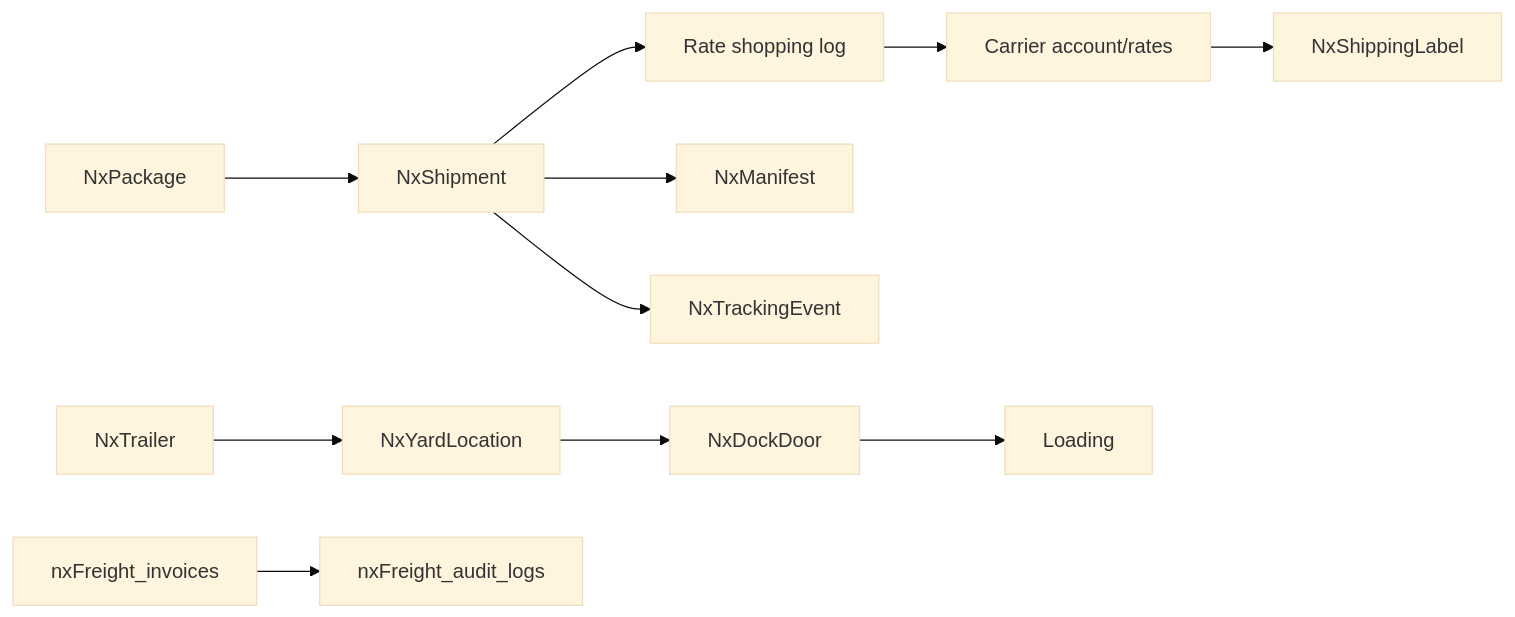
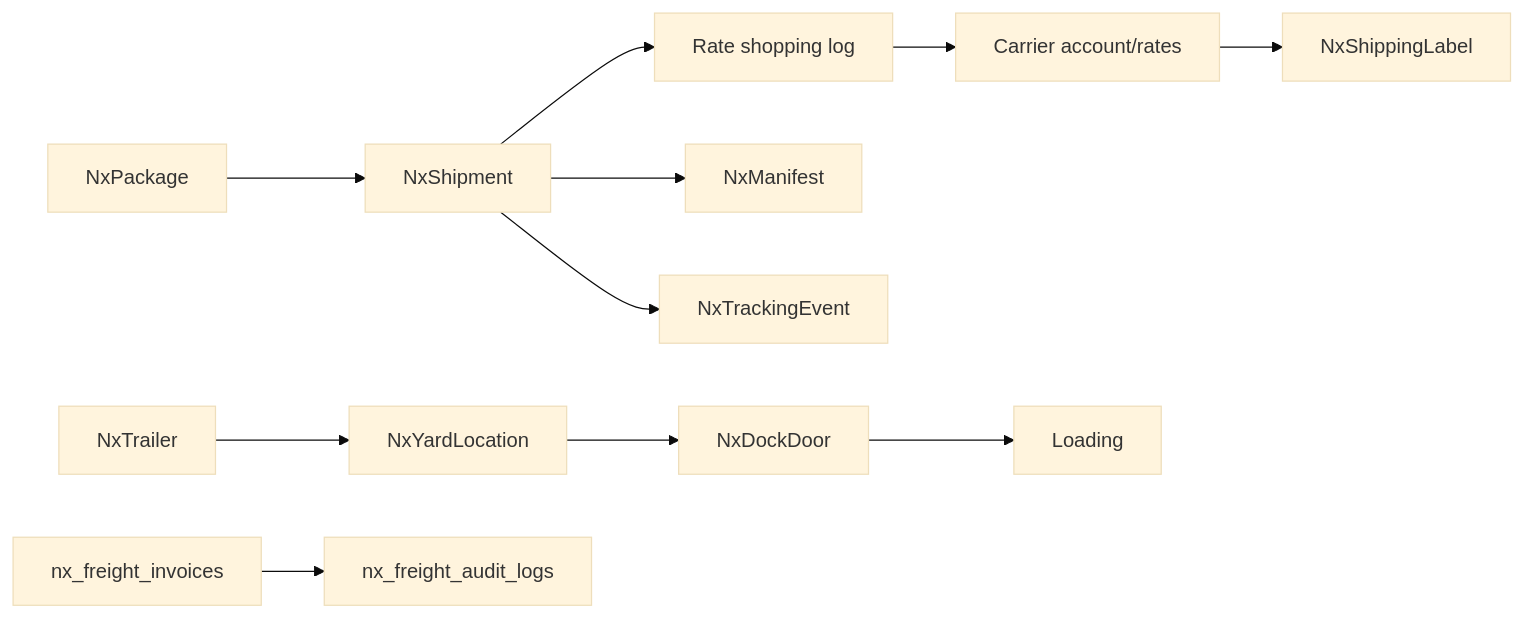
One commit to Mr-Mayank-Sharma/nexus changed the first of 2 diagrams in docs/features/04-shipping-carriers-yard.md. Above: the diagram before and after it, drawn with Mermaid (base theme). The commit also changed other lines of this file and 30 other files, not shown here.

````diff
--- a/docs/features/04-shipping-carriers-yard.md
+++ b/docs/features/04-shipping-carriers-yard.md
@@ -32,13 +32,13 @@
 ```mermaid
 flowchart LR
     PACK[NxPackage] --> SHIP[NxShipment]
     SHIP --> RATE[Rate shopping log]
     RATE --> CAR[Carrier account/rates]
     CAR --> LABEL[NxShippingLabel]
     SHIP --> MAN[NxManifest]
     SHIP --> TRACK[NxTrackingEvent]
     TRAIL[NxTrailer] --> YARD[NxYardLocation]
     YARD --> DOOR[NxDockDoor]
     DOOR --> LOAD[Loading]
-    FINV[nxFreight_invoices] --> AUDIT[nxFreight_audit_logs]
+    FINV[nx_freight_invoices] --> AUDIT[nx_freight_audit_logs]
 ```
````
